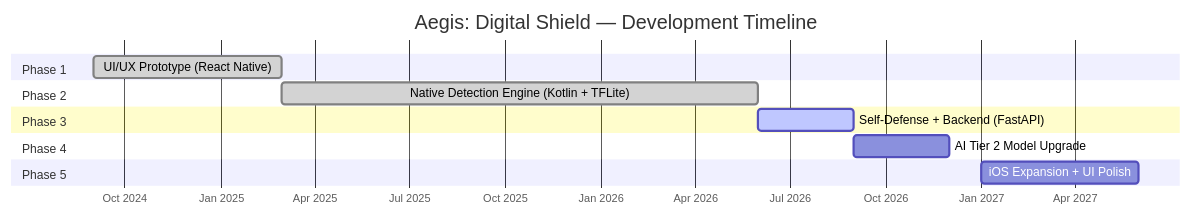
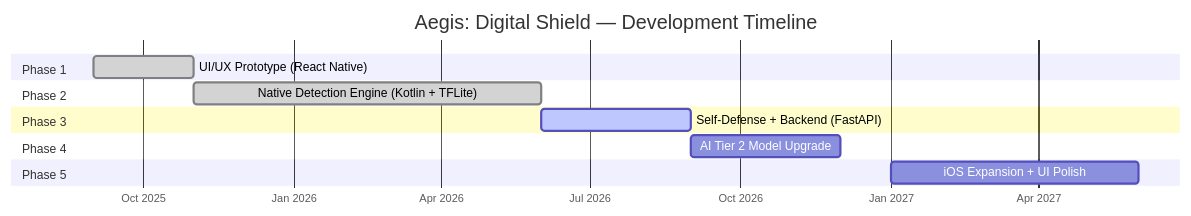
Before and after one commit to yzes95/project-aegis-showcase: the second of 2 diagrams in README.md, drawn with Mermaid.

Commit message:
docs: Correct project start date to Sept 2025 in SDLC timeline

````diff
--- a/README.md
+++ b/README.md
@@ -155,21 +155,21 @@
 ```mermaid
 gantt
     title Aegis: Digital Shield — Development Timeline
     dateFormat  YYYY-MM
     axisFormat  %b %Y
 
     section Phase 1
-    UI/UX Prototype (React Native)     :done, p1, 2024-09, 2025-03
+    UI/UX Prototype (React Native)     :done, p1, 2025-09, 2025-11
 
     section Phase 2
-    Native Detection Engine (Kotlin + TFLite)   :done, p2, 2025-03, 2026-06
+    Native Detection Engine (Kotlin + TFLite)   :done, p2, 2025-11, 2026-06
 
     section Phase 3
     Self-Defense + Backend (FastAPI)   :active, p3, 2026-06, 2026-09
 
     section Phase 4
     AI Tier 2 Model Upgrade            :p4, 2026-09, 2026-12
 
     section Phase 5
     iOS Expansion + UI Polish          :p5, 2027-01, 2027-06
 ```
````
